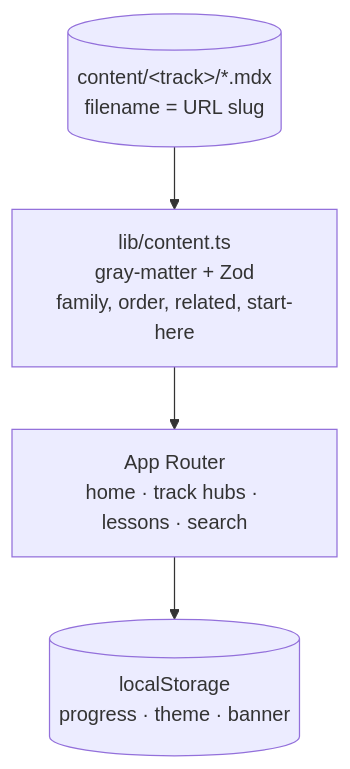
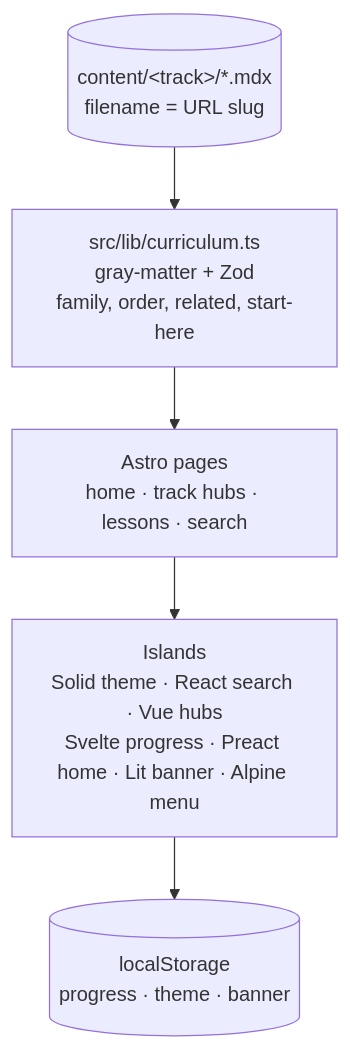
Before and after one commit to jondmarien/cert-study: the diagram in README.md, drawn with Mermaid. The commit also changed other lines of this file and 82 other files, not shown here.

First line of the commit message:
Move the study desk from Next.js to Astro islands.

````diff
--- a/README.md
+++ b/README.md
@@ -49,9 +49,9 @@
 ```mermaid
 flowchart TB
     FILES[("content/&lt;track&gt;/*.mdx<br/>filename = URL slug")]
-    LOAD["lib/content.ts<br/>gray-matter + Zod<br/>family, order, related, start-here"]
-    PAGES["App Router<br/>home · track hubs · lessons · search"]
+    LOAD["src/lib/curriculum.ts<br/>gray-matter + Zod<br/>family, order, related, start-here"]
+    PAGES["Astro pages<br/>home · track hubs · lessons · search"]
+    ISLANDS["Islands<br/>Solid theme · React search · Vue hubs<br/>Svelte progress · Preact home · Lit banner · Alpine menu"]
     LOCAL[("localStorage<br/>progress · theme · banner")]
-    FILES --> LOAD --> PAGES
-    PAGES --> LOCAL
+    FILES --> LOAD --> PAGES --> ISLANDS --> LOCAL
 ```
````
